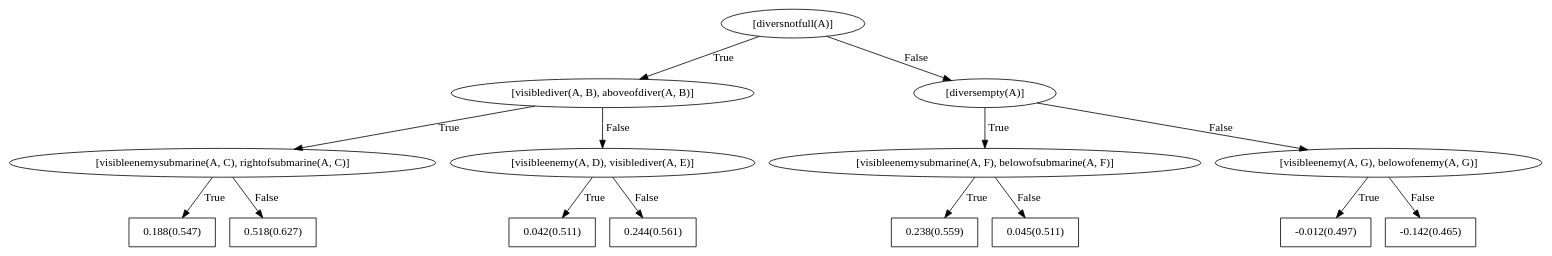
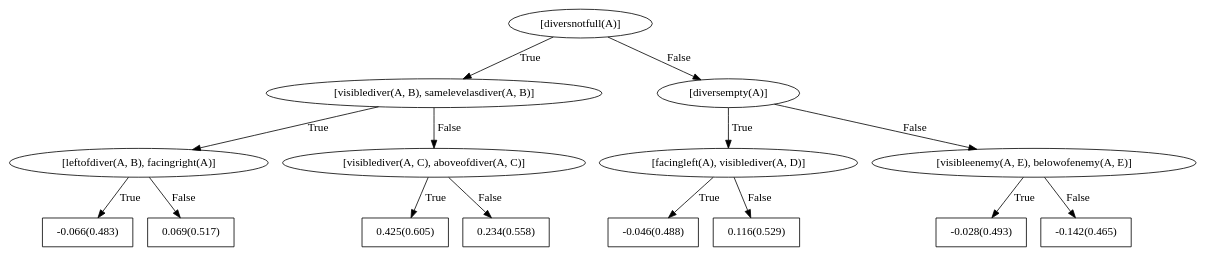
The diagram in rdn_models/seaquest/weighted_1object_negpos_2_trees_1_depth_2/down/bRDNs/dotFiles/WILLTreeFor_down0.dot (nikhileshp/NeSY-Imitation-Learning), drawn with Graphviz before and after one commit. The commit also changed 309 other files, not shown here.

```diff
--- a/rdn_models/seaquest/weighted_1object_negpos_2_trees_1_depth_2/down/bRDNs/dotFiles/WILLTreeFor_down0.dot
+++ b/rdn_models/seaquest/weighted_1object_negpos_2_trees_1_depth_2/down/bRDNs/dotFiles/WILLTreeFor_down0.dot
@@ -1,31 +1,31 @@
 digraph G{ 
 1[label = "[diversnotfull(A)]"];
 1 -> 2[label="True"];
 1 -> 3[label="False"];
-2[label = "[visiblediver(A, B), aboveofdiver(A, B)]"];
+2[label = "[visiblediver(A, B), samelevelasdiver(A, B)]"];
 2 -> 4[label="True"];
 2 -> 5[label="False"];
-4[label = "[visibleenemysubmarine(A, C), rightofsubmarine(A, C)]"];
+4[label = "[leftofdiver(A, B), facingright(A)]"];
 4 -> 6[label="True"];
 4 -> 7[label="False"];
-6[shape = box,label = "0.188(0.547)"];
-7[shape = box,label = "0.518(0.627)"];
-5[label = "[visibleenemy(A, D), visiblediver(A, E)]"];
+6[shape = box,label = "-0.066(0.483)"];
+7[shape = box,label = "0.069(0.517)"];
+5[label = "[visiblediver(A, C), aboveofdiver(A, C)]"];
 5 -> 8[label="True"];
 5 -> 9[label="False"];
-8[shape = box,label = "0.042(0.511)"];
-9[shape = box,label = "0.244(0.561)"];
+8[shape = box,label = "0.425(0.605)"];
+9[shape = box,label = "0.234(0.558)"];
 3[label = "[diversempty(A)]"];
 3 -> 10[label="True"];
 3 -> 11[label="False"];
-10[label = "[visibleenemysubmarine(A, F), belowofsubmarine(A, F)]"];
+10[label = "[facingleft(A), visiblediver(A, D)]"];
 10 -> 12[label="True"];
 10 -> 13[label="False"];
-12[shape = box,label = "0.238(0.559)"];
-13[shape = box,label = "0.045(0.511)"];
-11[label = "[visibleenemy(A, G), belowofenemy(A, G)]"];
+12[shape = box,label = "-0.046(0.488)"];
+13[shape = box,label = "0.116(0.529)"];
+11[label = "[visibleenemy(A, E), belowofenemy(A, E)]"];
 11 -> 14[label="True"];
 11 -> 15[label="False"];
-14[shape = box,label = "-0.012(0.497)"];
+14[shape = box,label = "-0.028(0.493)"];
 15[shape = box,label = "-0.142(0.465)"];
 }
```
